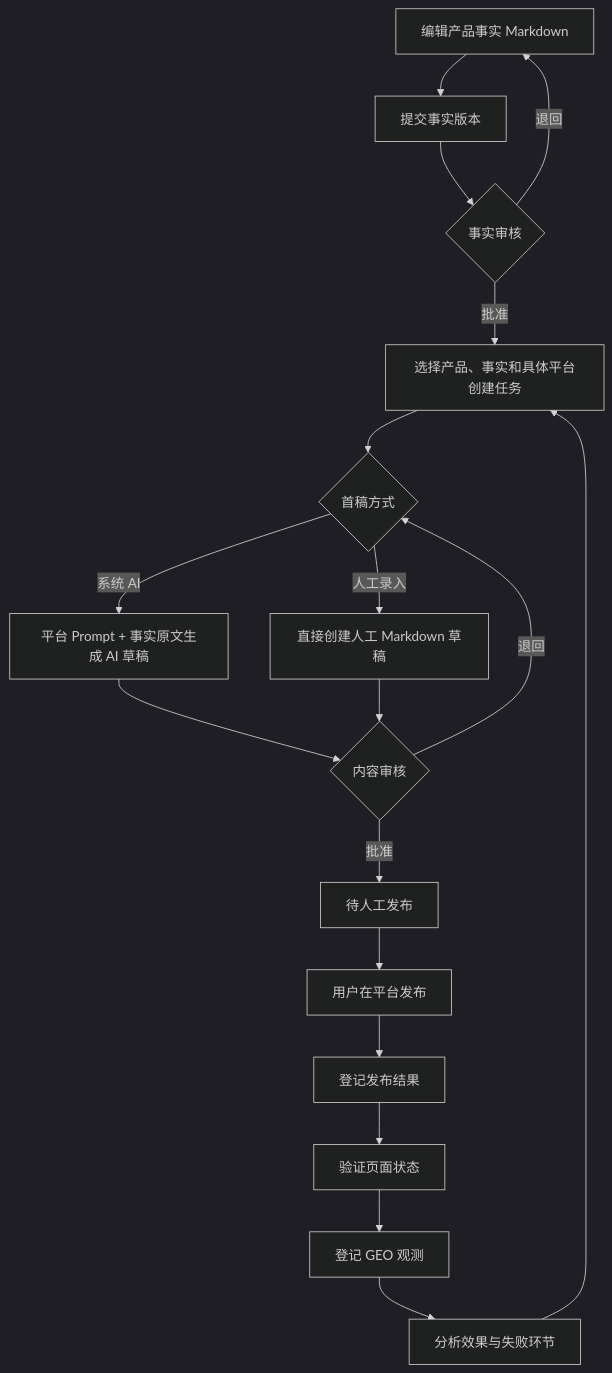
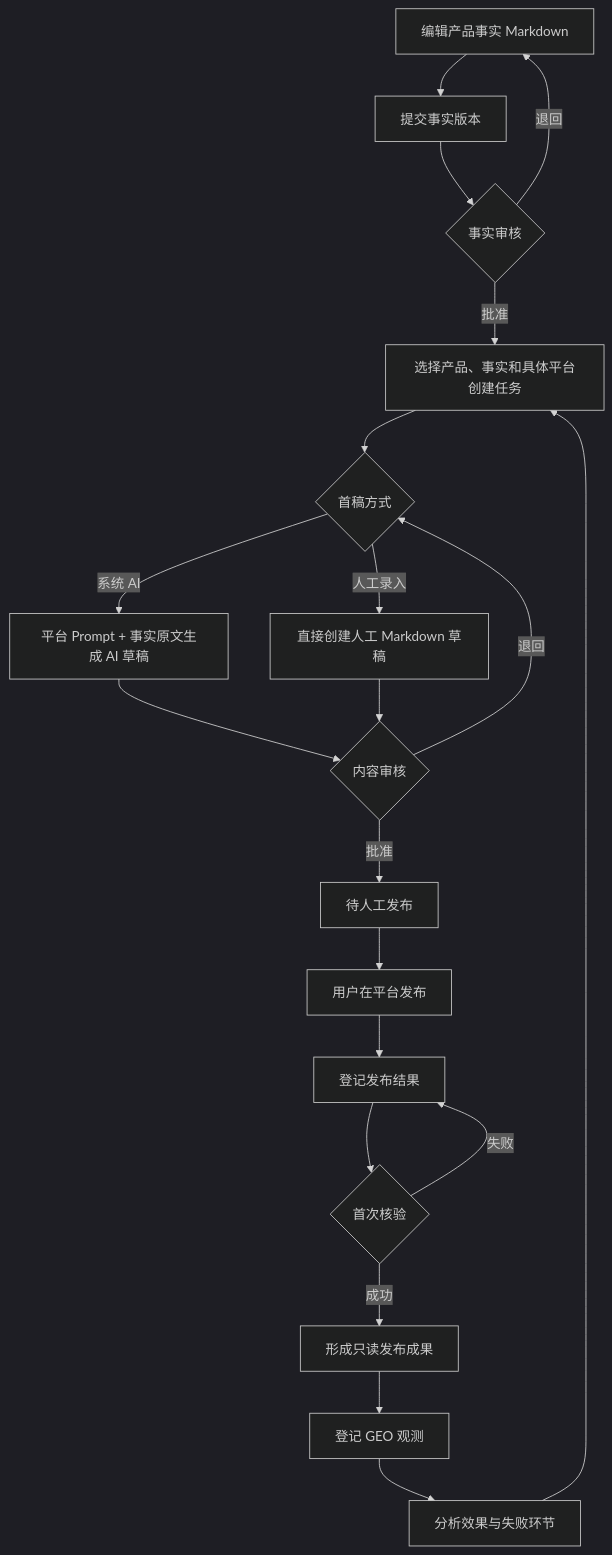
One commit to ccisnoxx/partsignal changed the first of 4 diagrams in docs/GEO多平台内容运营系统方案设计.md. Above: the diagram before and after it, drawn with Mermaid (dark theme). The commit also changed other lines of this file and 72 other files, not shown here.

````diff
--- a/docs/GEO多平台内容运营系统方案设计.md
+++ b/docs/GEO多平台内容运营系统方案设计.md
@@ -219,20 +228,22 @@
 ```mermaid
 flowchart TD
     A[编辑产品事实 Markdown] --> B[提交事实版本]
     B --> C{事实审核}
     C -->|退回| A
     C -->|批准| D[选择产品、事实和具体平台创建任务]
     D --> E{首稿方式}
     E -->|系统 AI| G[平台 Prompt + 事实原文生成 AI 草稿]
     E -->|人工录入| H[直接创建人工 Markdown 草稿]
     G --> F{内容审核}
     H --> F
     F -->|退回| E
     F -->|批准| J[待人工发布]
     J --> K[用户在平台发布]
     K --> L[登记发布结果]
-    L --> M[验证页面状态]
-    M --> N[登记 GEO 观测]
+    L --> M{首次核验}
+    M -->|失败| L
+    M -->|成功| P[形成只读发布成果]
+    P --> N[登记 GEO 观测]
     N --> O[分析效果与失败环节]
     O --> D
 ```
````
